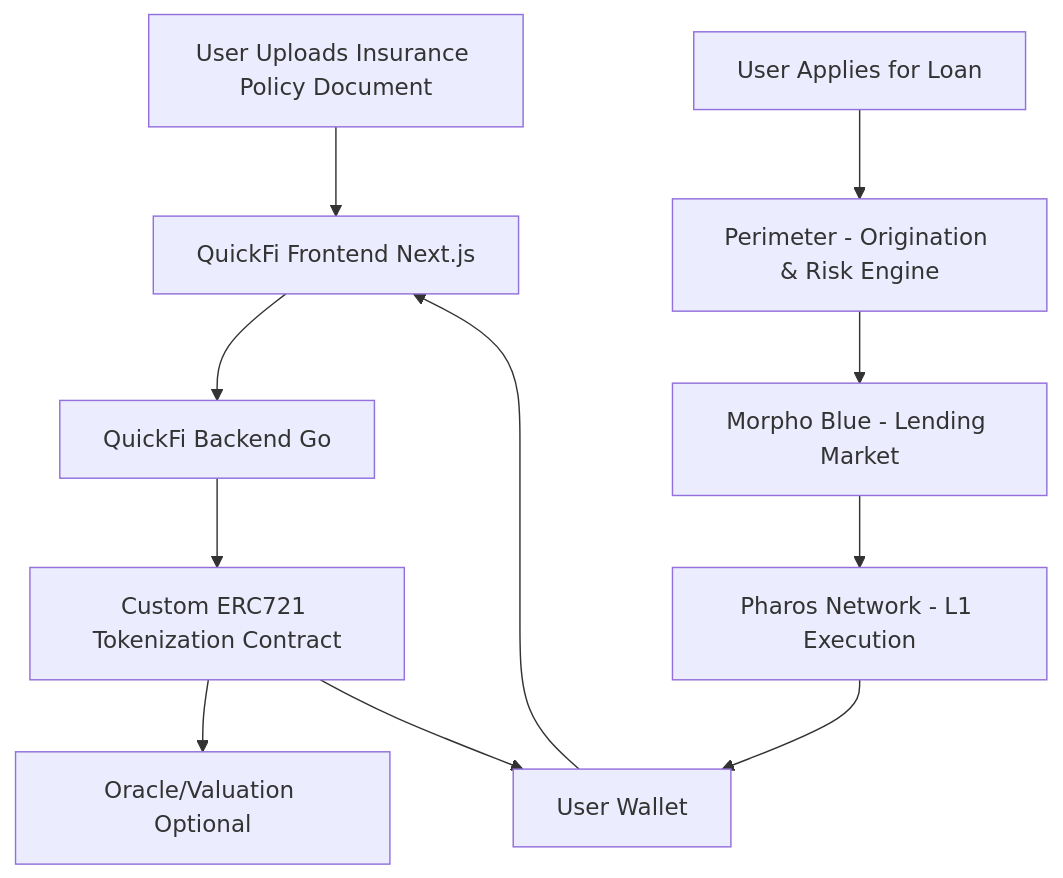
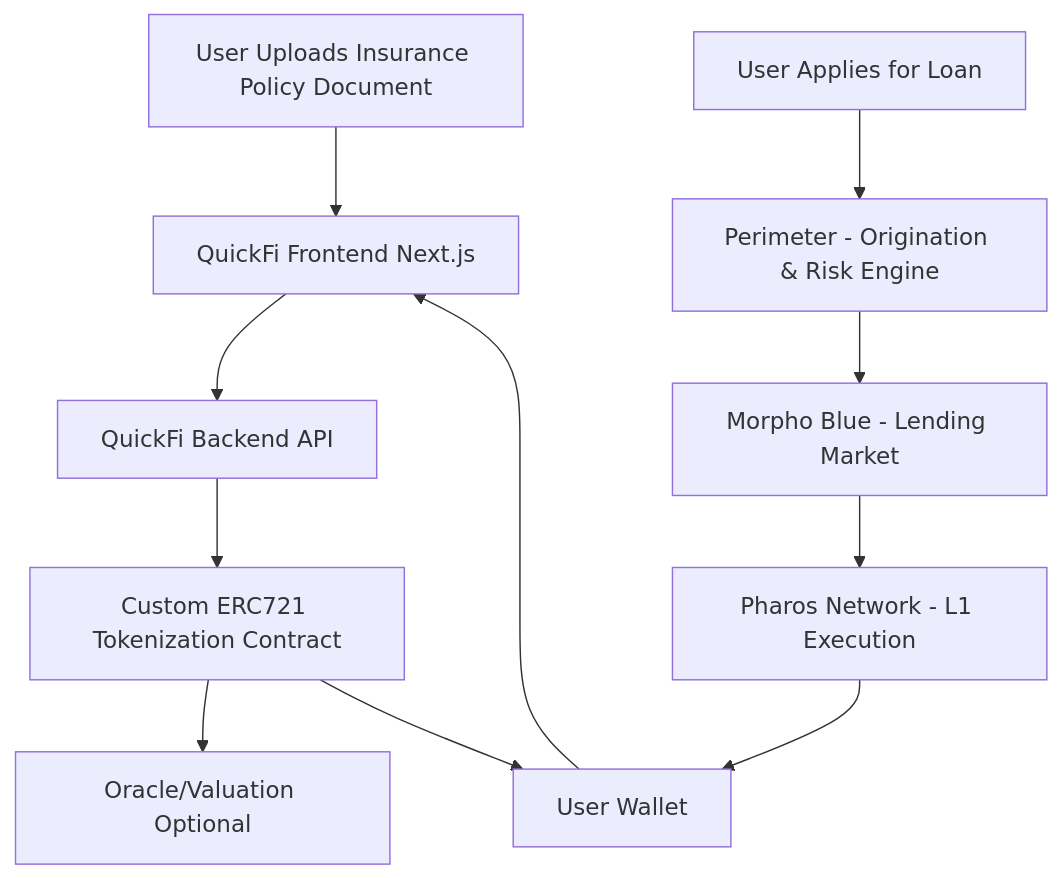
One commit to williamwxz/quickfi changed the diagram in README.md. Above: the diagram before and after it, drawn with Mermaid. The commit also changed 1 other file, not shown here.

Commit message:
minor fix

````diff
--- a/README.md
+++ b/README.md
@@ -3,30 +3,30 @@
 ```mermaid
 graph TD
     %% Tokenization Phase
     U1[User Uploads Insurance Policy Document]
     F1[QuickFi Frontend Next.js]
-    B1[QuickFi Backend Go]
+    B1[QuickFi Backend API]
     T1[Custom ERC721 Tokenization Contract]
     O1[Oracle/Valuation Optional]
     W1[User Wallet]
     
     %% Loan Application Phase
     L1[User Applies for Loan]
     P1[Perimeter - Origination & Risk Engine]
     M1[Morpho Blue - Lending Market]
     PN[Pharos Network - L1 Execution]
     
     %% Tokenization Flow
     U1 --> F1
     F1 --> B1
     B1 --> T1
     T1 --> O1
     T1 --> W1
     W1 --> F1
 
     %% Loan Origination & Execution Flow
     L1 --> P1
     P1 --> M1
     M1 --> PN
     PN --> W1
 ```
````
